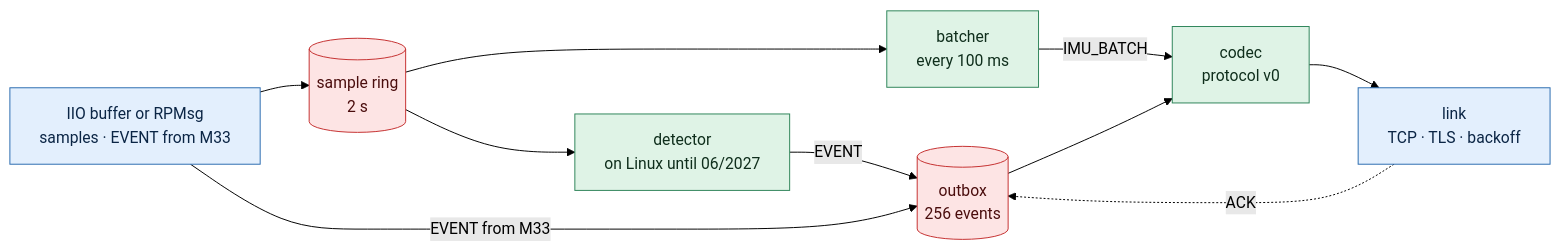
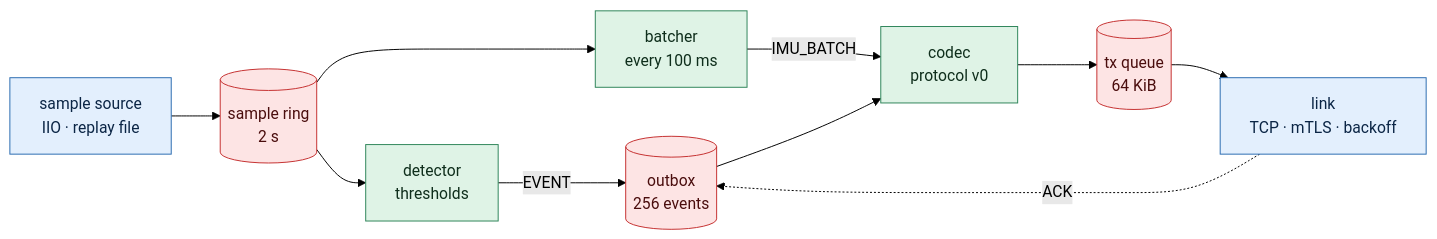
Before and after one commit to KaithanNguyen/embedded-linux-roadmap: the first of 4 diagrams in projects/stm32mp257f-dk_jetson-nano/docs/software-design.md, drawn with Mermaid (forest theme). The commit also changed other lines of this file and 28 other files, not shown here.

````diff
--- a/projects/stm32mp257f-dk_jetson-nano/docs/software-design.md
+++ b/projects/stm32mp257f-dk_jetson-nano/docs/software-design.md
@@ -15,23 +15,24 @@
 ```mermaid
 flowchart LR
-  SRC["IIO buffer or RPMsg<br/>samples · EVENT from M33"]:::io
+  SRC["sample source<br/>IIO · replay file"]:::io
   RING[("sample ring<br/>2 s")]:::data
-  DETX["detector<br/>on Linux until 06/2027"]:::logic
+  DETX["detector<br/>thresholds"]:::logic
   OUT[("outbox<br/>256 events")]:::data
   BATCH["batcher<br/>every 100 ms"]:::logic
   CODEC["codec<br/>protocol v0"]:::logic
-  LINK["link<br/>TCP · TLS · backoff"]:::io
+  TXQ[("tx queue<br/>64 KiB")]:::data
+  LINK["link<br/>TCP · mTLS · backoff"]:::io
   SRC --> RING
   RING --> DETX
   DETX -->|"EVENT"| OUT
-  SRC -->|"EVENT from M33"| OUT
   RING --> BATCH
   BATCH -->|"IMU_BATCH"| CODEC
   OUT --> CODEC
-  CODEC --> LINK
+  CODEC --> TXQ
+  TXQ --> LINK
   LINK -.->|"ACK"| OUT
 
   classDef io fill:#e3effd,stroke:#2b6cb0,color:#0b2545
   classDef logic fill:#dff3e6,stroke:#2f855a,color:#0f2e1c
   classDef data fill:#fde4e4,stroke:#c53030,color:#4a0d0d
 ```
````
